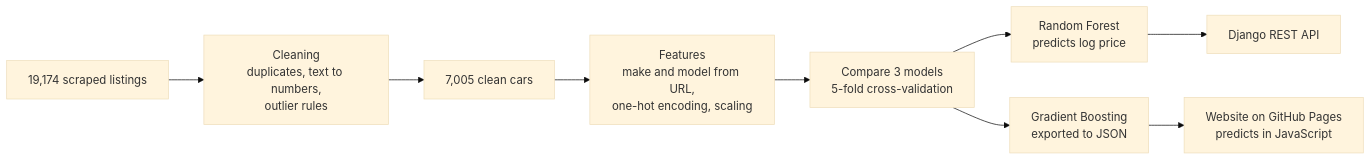
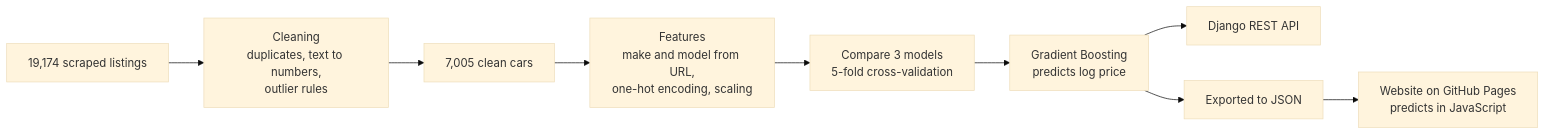
One commit to devshayanai-code/pak-wheels-price-predictor changed the diagram in README.md. Above: the diagram before and after it, drawn with Mermaid (base theme). The commit also changed other lines of this file and 10 other files, not shown here.

````diff
--- a/README.md
+++ b/README.md
@@ -52,11 +54,11 @@
 ```mermaid
 flowchart LR
     A[19,174 scraped listings] --> B[Cleaning<br/>duplicates, text to numbers,<br/>outlier rules]
     B --> C[7,005 clean cars]
     C --> D[Features<br/>make and model from URL,<br/>one-hot encoding, scaling]
     D --> E[Compare 3 models<br/>5-fold cross-validation]
-    E --> F[Random Forest<br/>predicts log price]
+    E --> F[Gradient Boosting<br/>predicts log price]
     F --> G[Django REST API]
-    E --> I[Gradient Boosting<br/>exported to JSON]
+    F --> I[Exported to JSON]
     I --> J[Website on GitHub Pages<br/>predicts in JavaScript]
 ```
````
